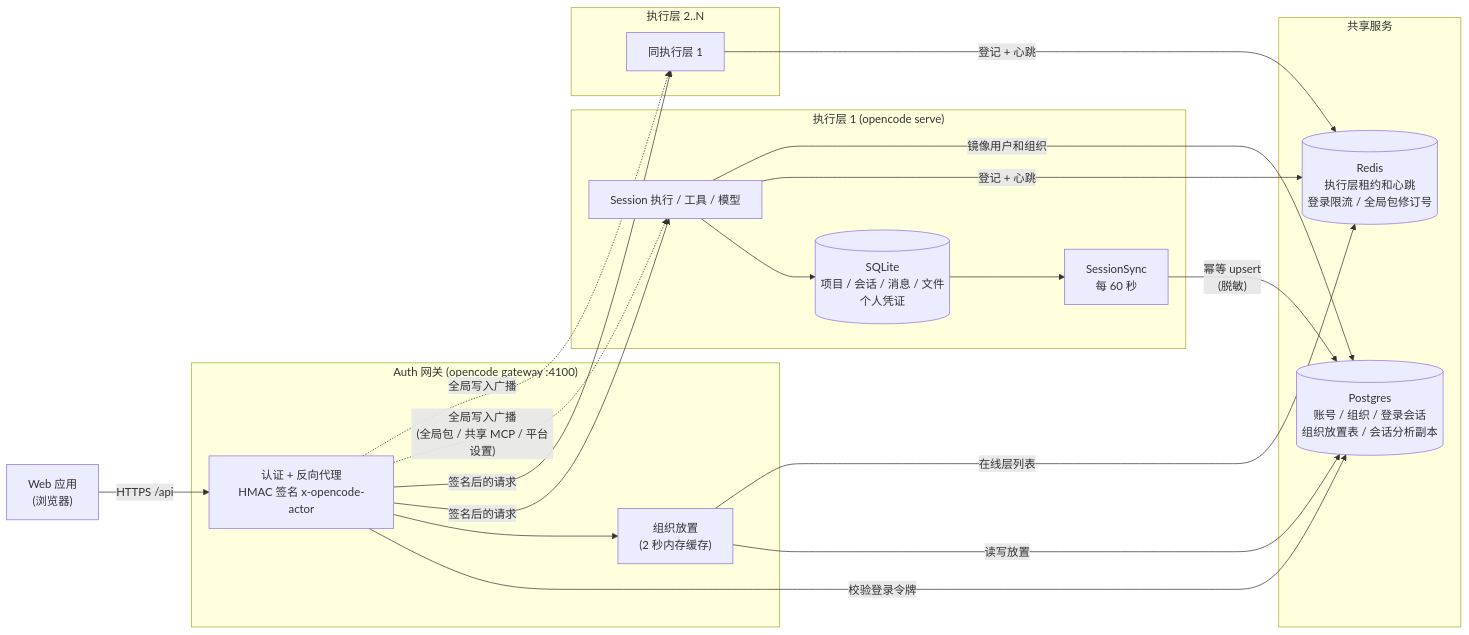
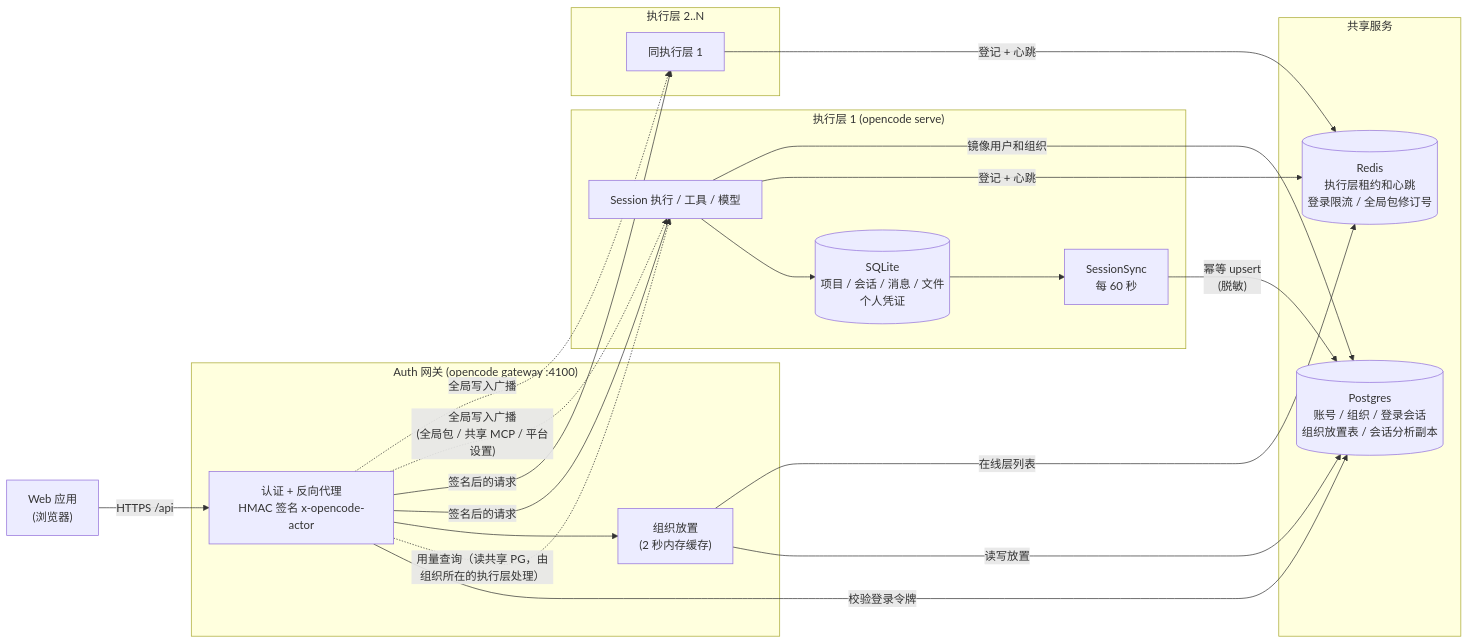
The first of 3 diagrams in README.md (JackLuguibin/opencode-ex), drawn with Mermaid before and after one commit. The commit also changed other lines of this file and 21 other files, not shown here.

````diff
--- a/README.md
+++ b/README.md
@@ -43,36 +43,37 @@
 ```mermaid
 flowchart LR
     Web["Web 应用<br/>(浏览器)"]
     subgraph Gateway["Auth 网关 (opencode gateway :4100)"]
         Proxy["认证 + 反向代理<br/>HMAC 签名 x-opencode-actor"]
         Place["组织放置<br/>(2 秒内存缓存)"]
     end
     subgraph Shared["共享服务"]
         PG[("Postgres<br/>账号 / 组织 / 登录会话<br/>组织放置表 / 会话分析副本")]
         Redis[("Redis<br/>执行层租约和心跳<br/>登录限流 / 全局包修订号")]
     end
     subgraph L1["执行层 1 (opencode serve)"]
         RT1["Session 执行 / 工具 / 模型"]
         DB1[("SQLite<br/>项目 / 会话 / 消息 / 文件<br/>个人凭证")]
         Sync1["SessionSync<br/>每 60 秒"]
     end
     subgraph LN["执行层 2..N"]
         RTN["同执行层 1"]
     end
 
     Web -->|"HTTPS /api"| Proxy
     Proxy -->|"校验登录令牌"| PG
+    Proxy -.->|"用量查询（读共享 PG，由组织所在的执行层处理）"| RT1
     Proxy --> Place
     Place -->|"读写放置"| PG
     Place -->|"在线层列表"| Redis
     Proxy -->|"签名后的请求"| RT1
     Proxy -->|"签名后的请求"| RTN
     Proxy -.->|"全局写入广播<br/>(全局包 / 共享 MCP / 平台设置)"| RT1
     Proxy -.->|"全局写入广播"| RTN
     RT1 --> DB1
     RT1 -->|"登记 + 心跳"| Redis
     RT1 -->|"镜像用户和组织"| PG
     RTN -->|"登记 + 心跳"| Redis
     DB1 --> Sync1
     Sync1 -->|"幂等 upsert<br/>(脱敏)"| PG
 ```
````
